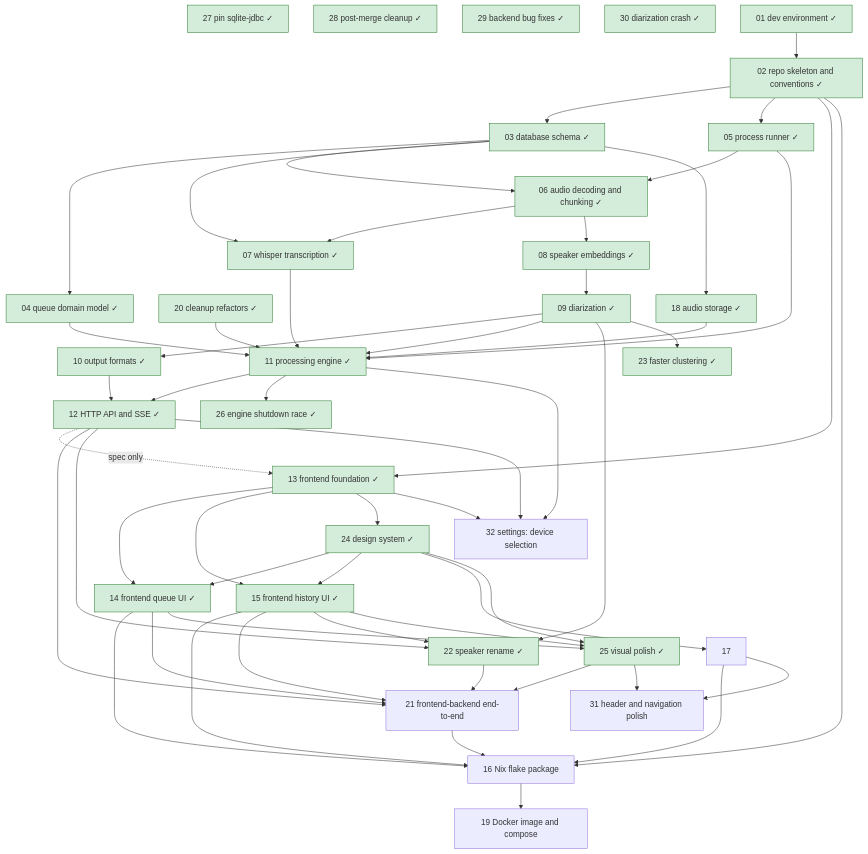
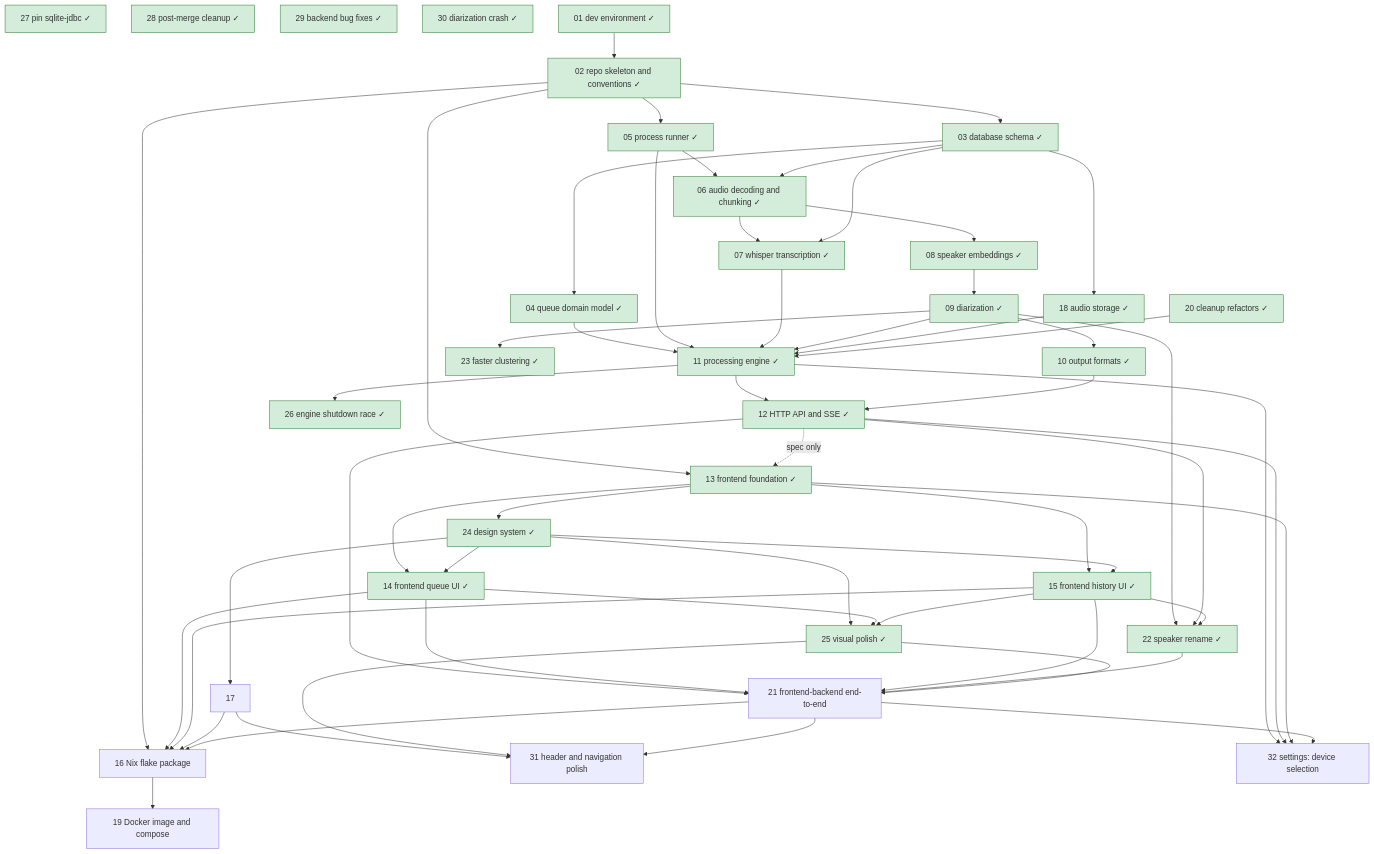
Before and after one commit to lulu-berlin/speech-to-text-app: the diagram in roadmap/README.md, drawn with Mermaid. The commit also changed other lines of this file and 5 other files, not shown here.

````diff
--- a/roadmap/README.md
+++ b/roadmap/README.md
@@ -17,61 +17,63 @@
 ```mermaid
 graph TD
   01[01 dev environment ✓]:::done --> 02[02 repo skeleton and conventions ✓]:::done
   02 --> 03[03 database schema ✓]:::done
   03 --> 04[04 queue domain model ✓]:::done
   02 --> 05[05 process runner ✓]:::done
   05 --> 06[06 audio decoding and chunking ✓]:::done
   03 --> 06
   06 --> 07[07 whisper transcription ✓]:::done
   03 --> 07
   06 --> 08[08 speaker embeddings ✓]:::done
   08 --> 09[09 diarization ✓]:::done
   09 --> 10[10 output formats ✓]:::done
   04 --> 11[11 processing engine ✓]:::done
   05 --> 11
   07 --> 11
   09 --> 11
   03 --> 18[18 audio storage ✓]:::done
   18 --> 11
   20 --> 11
   11 --> 12[12 HTTP API and SSE ✓]:::done
   10 --> 12
   02 --> 13[13 frontend foundation ✓]:::done
   12 -. spec only .-> 13
   13 --> 14[14 frontend queue UI ✓]:::done
   13 --> 15[15 frontend history UI ✓]:::done
   02 --> 16[16 Nix flake package]
   14 --> 16
   15 --> 16
   17 --> 16
   20[20 cleanup refactors ✓]:::done
   12 --> 21[21 frontend-backend end-to-end]
   14 --> 21
   15 --> 21
   22 --> 21
   25 --> 21
   16 --> 19[19 Docker image and compose]
   21 --> 16
   09 --> 22[22 speaker rename ✓]:::done
   12 --> 22
   15 --> 22
   09 --> 23[23 faster clustering ✓]:::done
   13 --> 24[24 design system ✓]:::done
   24 --> 14
   24 --> 15
   24 --> 17
   24 --> 25[25 visual polish ✓]:::done
   14 --> 25
   15 --> 25
   11 --> 26[26 engine shutdown race ✓]:::done
   27[27 pin sqlite-jdbc ✓]:::done
   28[28 post-merge cleanup ✓]:::done
   29[29 backend bug fixes ✓]:::done
   30[30 diarization crash ✓]:::done
   17 --> 31[31 header and navigation polish]
   25 --> 31
+  21 --> 31
   11 --> 32[32 settings: device selection]
   12 --> 32
   13 --> 32
+  21 --> 32
   classDef done fill:#d4edda,stroke:#2e7d32
 ```
````
